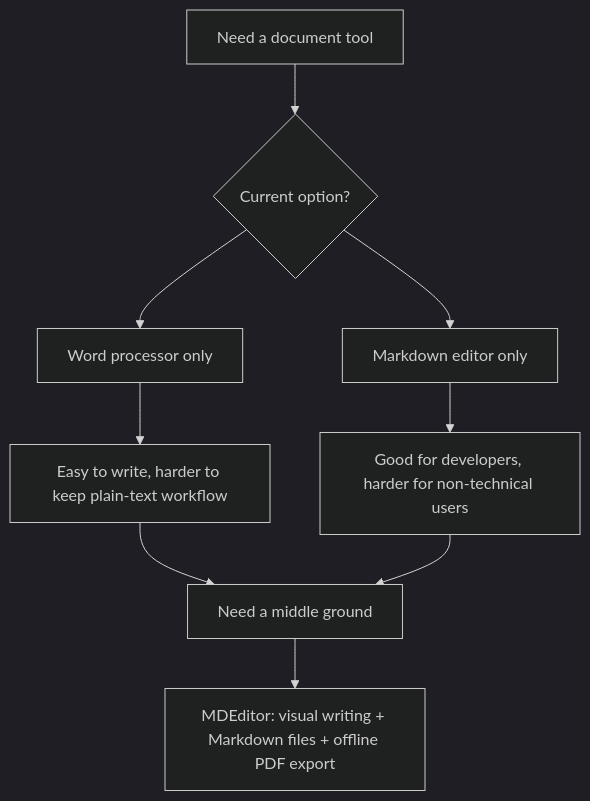
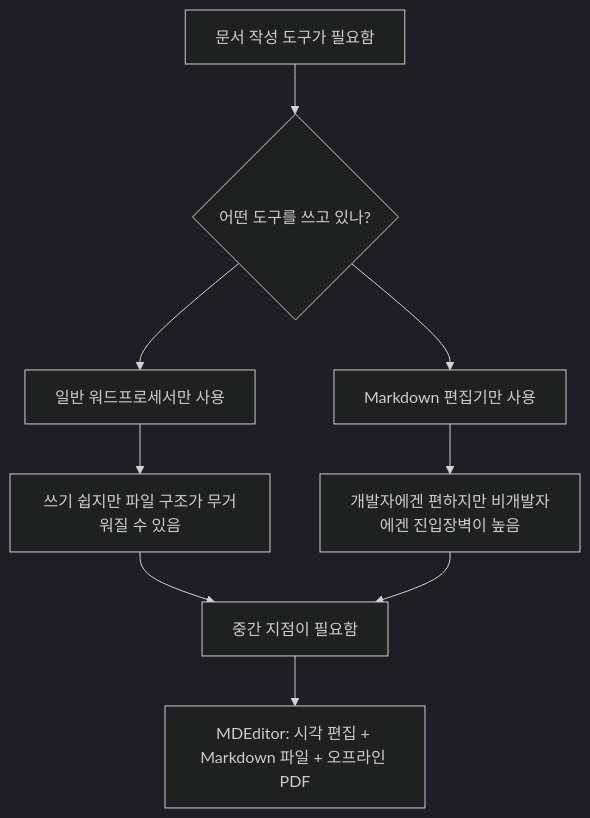
One commit to sinmb79/MD-Editer changed the second of 3 diagrams in README.md. Above: the diagram before and after it, drawn with Mermaid (dark theme). The commit also changed other lines of this file and 1 other file, not shown here.

````diff
--- a/README.md
+++ b/README.md
@@ -48,11 +46,11 @@
 ```mermaid
 flowchart TD
-    A["Need a document tool"] --> B{"Current option?"}
-    B --> C["Word processor only"]
-    B --> D["Markdown editor only"]
-    C --> E["Easy to write, harder to keep plain-text workflow"]
-    D --> F["Good for developers, harder for non-technical users"]
-    E --> G["Need a middle ground"]
+    A["문서 작성 도구가 필요함"] --> B{"어떤 도구를 쓰고 있나?"}
+    B --> C["일반 워드프로세서만 사용"]
+    B --> D["Markdown 편집기만 사용"]
+    C --> E["쓰기 쉽지만 파일 구조가 무거워질 수 있음"]
+    D --> F["개발자에겐 편하지만 비개발자에겐 진입장벽이 높음"]
+    E --> G["중간 지점이 필요함"]
     F --> G
-    G --> H["MDEditor: visual writing + Markdown files + offline PDF export"]
+    G --> H["MDEditor: 시각 편집 + Markdown 파일 + 오프라인 PDF"]
 ```
````
